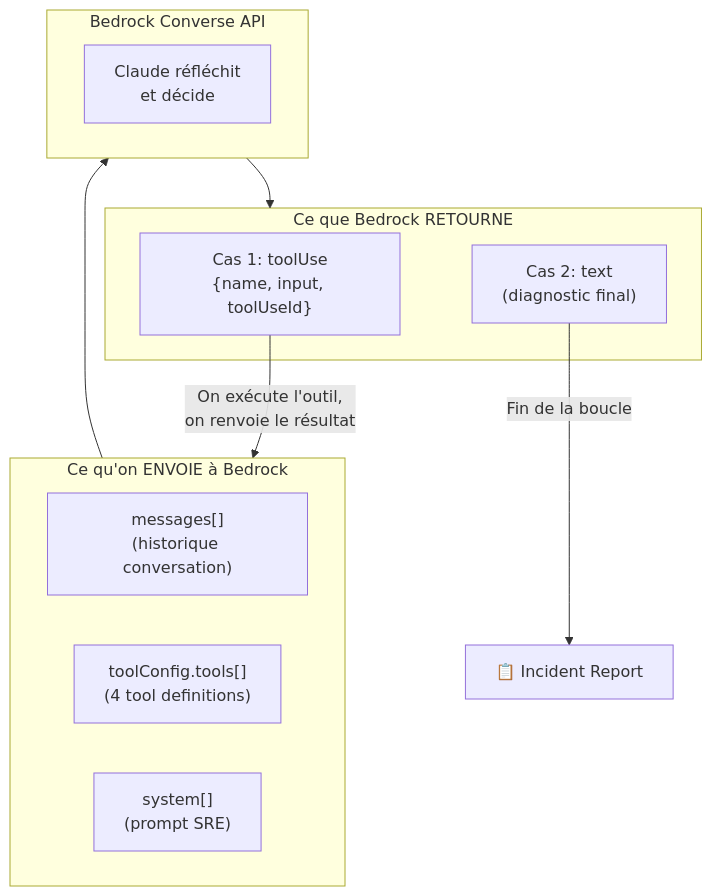
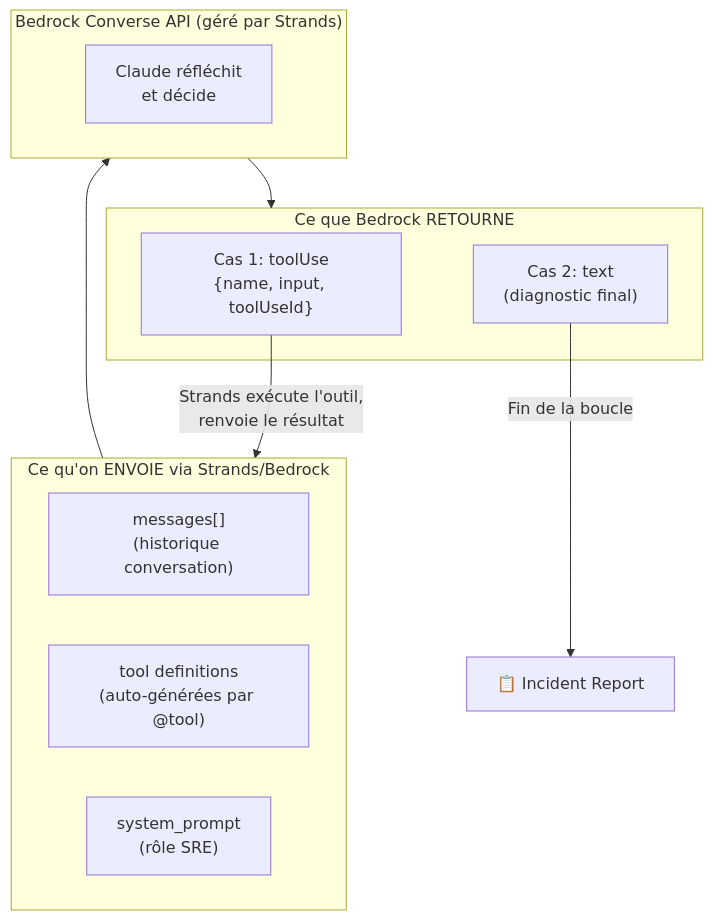
The fifth of 6 diagrams in README.md (RIKIEL-K/monitoring-ia), drawn with Mermaid before and after one commit. The commit also changed other lines of this file, not shown here.

First line of the commit message:
Revise README for agent architecture and tools

````diff
--- a/README.md
+++ b/README.md
@@ -149,23 +193,23 @@
 ```mermaid
 flowchart TD
-    subgraph send["Ce qu'on ENVOIE à Bedrock"]
+    subgraph send["Ce qu'on ENVOIE via Strands/Bedrock"]
         M["messages[]\n(historique conversation)"]
-        TS["toolConfig.tools[]\n(4 tool definitions)"]
-        SYS["system[]\n(prompt SRE)"]
+        TS["tool definitions\n(auto-générées par @tool)"]
+        SYS["system_prompt\n(rôle SRE)"]
     end
     
-    subgraph bedrock["Bedrock Converse API"]
+    subgraph bedrock["Bedrock Converse API (géré par Strands)"]
         LLM["Claude réfléchit\net décide"]
     end
     
     subgraph response["Ce que Bedrock RETOURNE"]
         R1["Cas 1: toolUse\n{name, input, toolUseId}"]
         R2["Cas 2: text\n(diagnostic final)"]
     end
     
     send --> bedrock
     bedrock --> response
     
-    R1 -->|"On exécute l'outil,\non renvoie le résultat"| send
+    R1 -->|"Strands exécute l'outil,\nrenvoie le résultat"| send
     R2 -->|"Fin de la boucle"| DONE["📋 Incident Report"]
 ```
````
